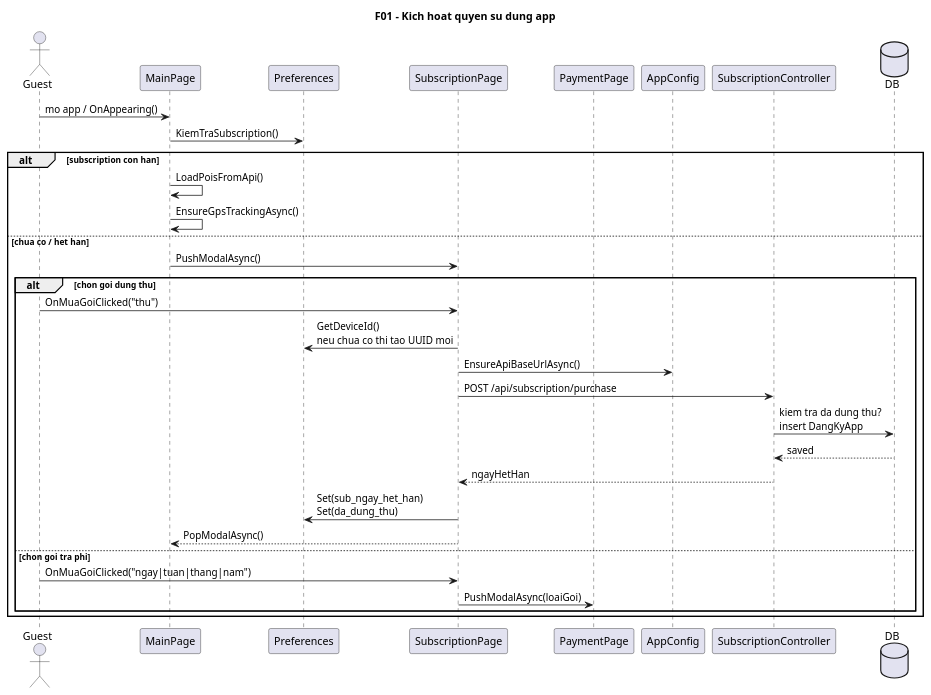
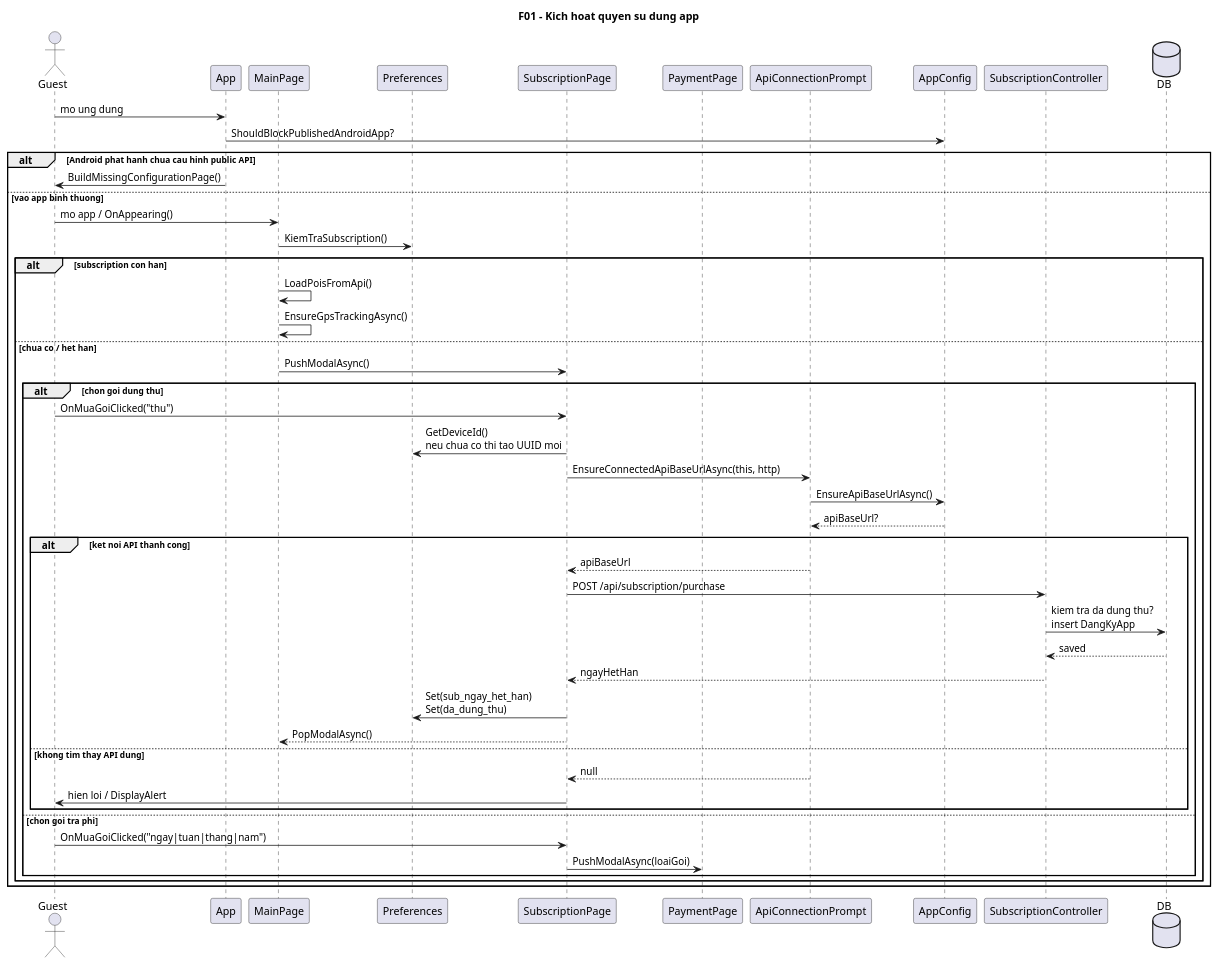
The diagram in docs/diagrams/01-subscription-gate-sequence.puml (VoBao182/PhoAmThuc), drawn with PlantUML before and after one commit. The commit also changed 51 other files, not shown here.

```diff
--- a/docs/diagrams/01-subscription-gate-sequence.puml
+++ b/docs/diagrams/01-subscription-gate-sequence.puml
@@ -1,46 +1,64 @@
 @startuml
 ' Diagram: F01 - Kich hoat quyen su dung app (Sequence)
 ' Status: WIP
-' Baseline: branch master, HEAD 6510344
+' Baseline: branch master, HEAD a5fde70
 ' Source:
+' - VinhKhanhTourDemo/App.xaml.cs: CreateWindow(), BuildMissingConfigurationPage()
 ' - VinhKhanhTourDemo/MainPage.xaml.cs: OnAppearing(), EnsureSubscriptionGateAsync()
-' - VinhKhanhTourDemo/SubscriptionPage.xaml.cs: OnMuaGoiClicked(), ActivateFreeTrialAsync()
+' - VinhKhanhTourDemo/SubscriptionPage.xaml.cs: OnMuaGoiClicked(), ActivateFreeTrialAsync(), UpdateTrialButtonState()
+' - VinhKhanhTourDemo/ApiConnectionPrompt.cs: EnsureConnectedApiBaseUrlAsync()
 ' - VinhKhanhTourDemo/PaymentPage.xaml.cs
 ' - VinhKhanhTour.API/Controllers/SubscriptionController.cs: Purchase()
-' Note: Sequence nay chi mo ta phan gate va quick trial; luong goi tra phi chi duoc noi toi PaymentPage va duoc theo doi chi tiet o F05.
+' Note: Da bo sung nhanh bootstrap chan app va prompt ket noi API truoc khi goi purchase cho trial.
 title F01 - Kich hoat quyen su dung app
 
 actor Guest
+participant App
 participant MainPage
 participant Preferences
 participant SubscriptionPage
 participant PaymentPage
+participant ApiConnectionPrompt
 participant AppConfig
 participant "SubscriptionController" as SubscriptionController
 database DB
 
+Guest -> App: mo ung dung
+App -> AppConfig: ShouldBlockPublishedAndroidApp?
+alt Android phat hanh chua cau hinh public API
+  App -> Guest: BuildMissingConfigurationPage()
+else vao app binh thuong
 Guest -> MainPage: mo app / OnAppearing()
 MainPage -> Preferences: KiemTraSubscription()
 
 alt subscription con han
   MainPage -> MainPage: LoadPoisFromApi()
   MainPage -> MainPage: EnsureGpsTrackingAsync()
 else chua co / het han
   MainPage -> SubscriptionPage: PushModalAsync()
 
   alt chon goi dung thu
     Guest -> SubscriptionPage: OnMuaGoiClicked("thu")
     SubscriptionPage -> Preferences: GetDeviceId()\nneu chua co thi tao UUID moi
-    SubscriptionPage -> AppConfig: EnsureApiBaseUrlAsync()
-    SubscriptionPage -> SubscriptionController: POST /api/subscription/purchase
-    SubscriptionController -> DB: kiem tra da dung thu?\ninsert DangKyApp
-    DB --> SubscriptionController: saved
-    SubscriptionController --> SubscriptionPage: ngayHetHan
-    SubscriptionPage -> Preferences: Set(sub_ngay_het_han)\nSet(da_dung_thu)
-    SubscriptionPage --> MainPage: PopModalAsync()
+    SubscriptionPage -> ApiConnectionPrompt: EnsureConnectedApiBaseUrlAsync(this, http)
+    ApiConnectionPrompt -> AppConfig: EnsureApiBaseUrlAsync()
+    AppConfig --> ApiConnectionPrompt: apiBaseUrl?
+    alt ket noi API thanh cong
+      ApiConnectionPrompt --> SubscriptionPage: apiBaseUrl
+      SubscriptionPage -> SubscriptionController: POST /api/subscription/purchase
+      SubscriptionController -> DB: kiem tra da dung thu?\ninsert DangKyApp
+      DB --> SubscriptionController: saved
+      SubscriptionController --> SubscriptionPage: ngayHetHan
+      SubscriptionPage -> Preferences: Set(sub_ngay_het_han)\nSet(da_dung_thu)
+      SubscriptionPage --> MainPage: PopModalAsync()
+    else khong tim thay API dung
+      ApiConnectionPrompt --> SubscriptionPage: null
+      SubscriptionPage -> Guest: hien loi / DisplayAlert
+    end
   else chon goi tra phi
     Guest -> SubscriptionPage: OnMuaGoiClicked("ngay|tuan|thang|nam")
     SubscriptionPage -> PaymentPage: PushModalAsync(loaiGoi)
   end
 end
+end
 @enduml
```
